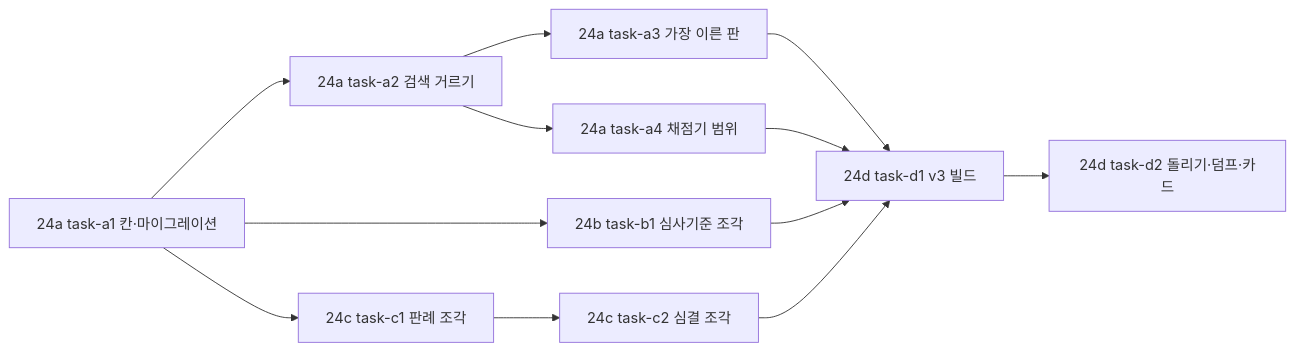
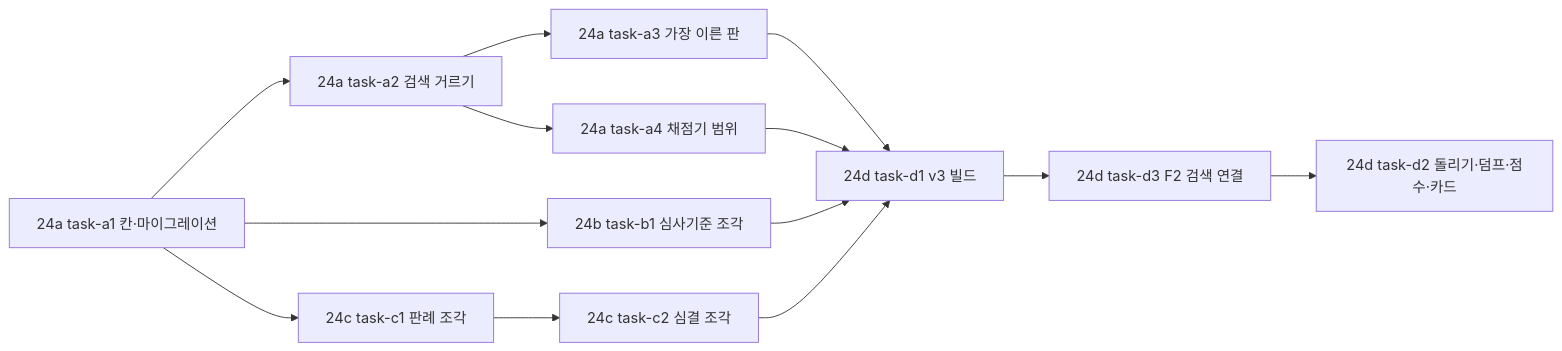
Before and after one commit to merge-mates/patent-ai-workspace: the second of 2 diagrams in docs/features/F2/tasks.md, drawn with Mermaid. The commit also changed other lines of this file, not shown here.

First line of the commit message:
docs(docs): 24d 계획에서 임베딩을 빼고 F2 검색 연결(task-d3) 추가

````diff
--- a/docs/features/F2/tasks.md
+++ b/docs/features/F2/tasks.md
@@ -108,14 +108,15 @@
 ```mermaid
 graph LR
     a1[24a task-a1 칸·마이그레이션] --> a2[24a task-a2 검색 거르기]
     a2 --> a3[24a task-a3 가장 이른 판]
     a2 --> a4[24a task-a4 채점기 범위]
     a1 --> b1[24b task-b1 심사기준 조각]
     a1 --> c1[24c task-c1 판례 조각]
     c1 --> c2[24c task-c2 심결 조각]
     a3 --> d1[24d task-d1 v3 빌드]
     a4 --> d1
     b1 --> d1
     c2 --> d1
-    d1 --> d2[24d task-d2 돌리기·덤프·카드]
+    d1 --> d3[24d task-d3 F2 검색 연결]
+    d3 --> d2[24d task-d2 돌리기·덤프·점수·카드]
 ```
````
